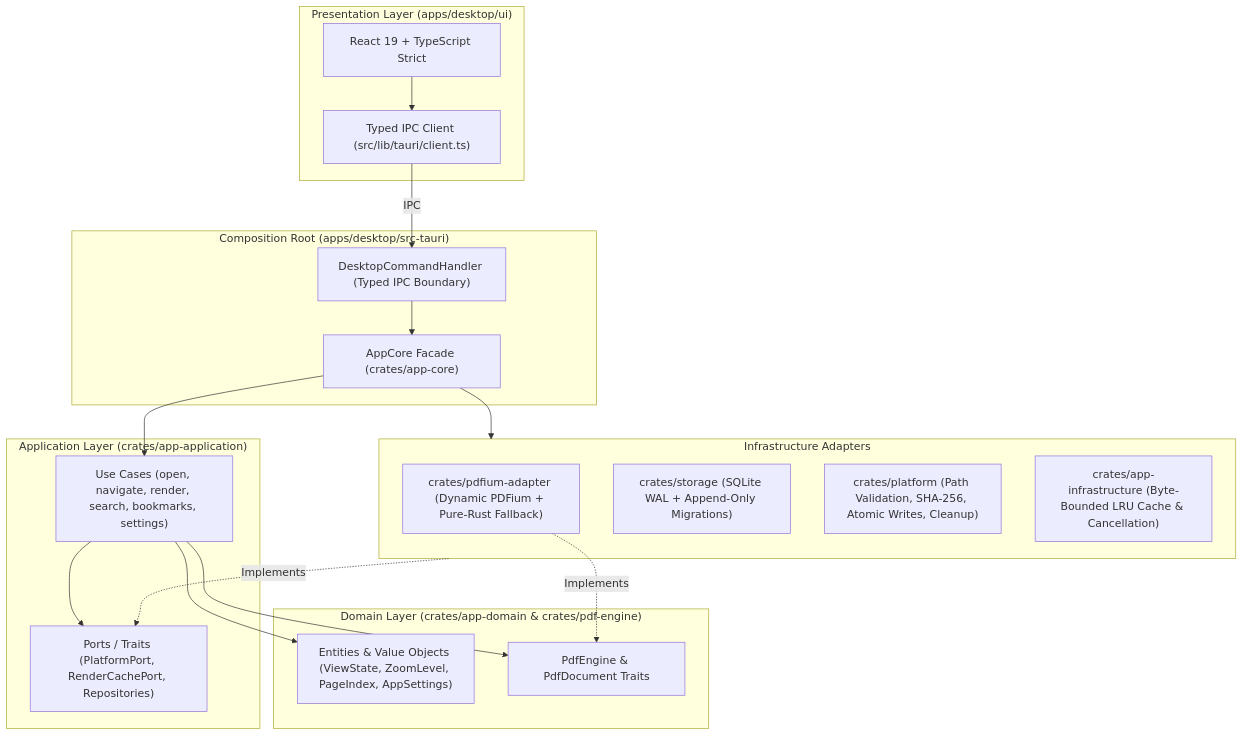
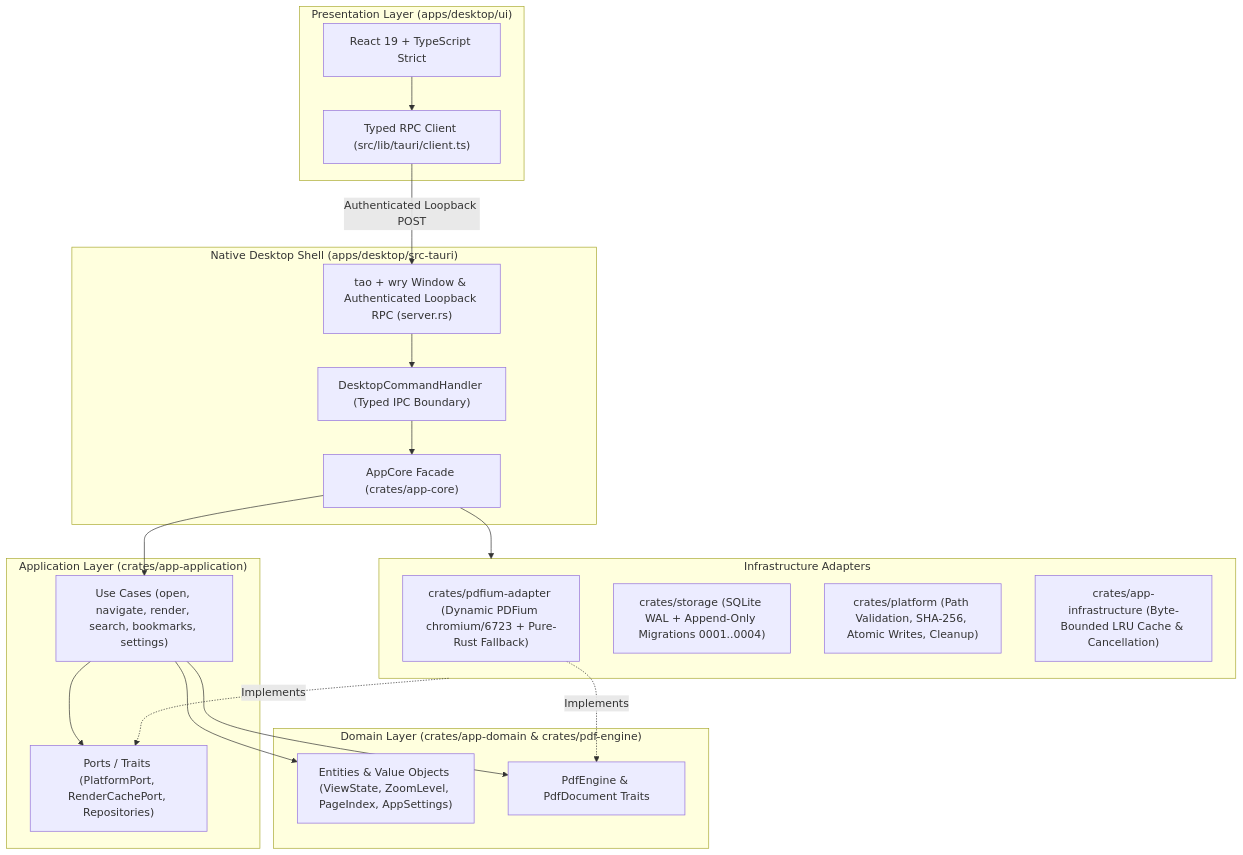
Before and after one commit to smokeInCloud060201/readora: the diagram in README.md, drawn with Mermaid. The commit also changed other lines of this file and 12 other files, not shown here.

````diff
--- a/README.md
+++ b/README.md
@@ -56,40 +57,41 @@
 ```mermaid
 flowchart TD
     subgraph UI["Presentation Layer (apps/desktop/ui)"]
         React["React 19 + TypeScript Strict"]
-        Client["Typed IPC Client (src/lib/tauri/client.ts)"]
+        Client["Typed RPC Client (src/lib/tauri/client.ts)"]
         React --> Client
     end
 
-    subgraph Shell["Composition Root (apps/desktop/src-tauri)"]
+    subgraph Shell["Native Desktop Shell (apps/desktop/src-tauri)"]
+        Server["tao + wry Window & Authenticated Loopback RPC (server.rs)"]
         Commands["DesktopCommandHandler (Typed IPC Boundary)"]
         Core["AppCore Facade (crates/app-core)"]
-        Commands --> Core
+        Server --> Commands --> Core
     end
 
     subgraph App["Application Layer (crates/app-application)"]
         UseCases["Use Cases (open, navigate, render, search, bookmarks, settings)"]
         Ports["Ports / Traits (PlatformPort, RenderCachePort, Repositories)"]
         UseCases --> Ports
     end
 
     subgraph Domain["Domain Layer (crates/app-domain & crates/pdf-engine)"]
         Models["Entities & Value Objects (ViewState, ZoomLevel, PageIndex, AppSettings)"]
         EngineTrait["PdfEngine & PdfDocument Traits"]
     end
 
     subgraph Adapters["Infrastructure Adapters"]
-        Pdfium["crates/pdfium-adapter (Dynamic PDFium + Pure-Rust Fallback)"]
-        Storage["crates/storage (SQLite WAL + Append-Only Migrations)"]
+        Pdfium["crates/pdfium-adapter (Dynamic PDFium chromium/6723 + Pure-Rust Fallback)"]
+        Storage["crates/storage (SQLite WAL + Append-Only Migrations 0001..0004)"]
         Platform["crates/platform (Path Validation, SHA-256, Atomic Writes, Cleanup)"]
         Infra["crates/app-infrastructure (Byte-Bounded LRU Cache & Cancellation)"]
     end
 
-    Client -->|IPC| Commands
+    Client -->|Authenticated Loopback POST| Server
     Core --> UseCases
     Core --> Adapters
     UseCases --> Models
     UseCases --> EngineTrait
     Adapters -.->|Implements| Ports
     Pdfium -.->|Implements| EngineTrait
 ```
````
